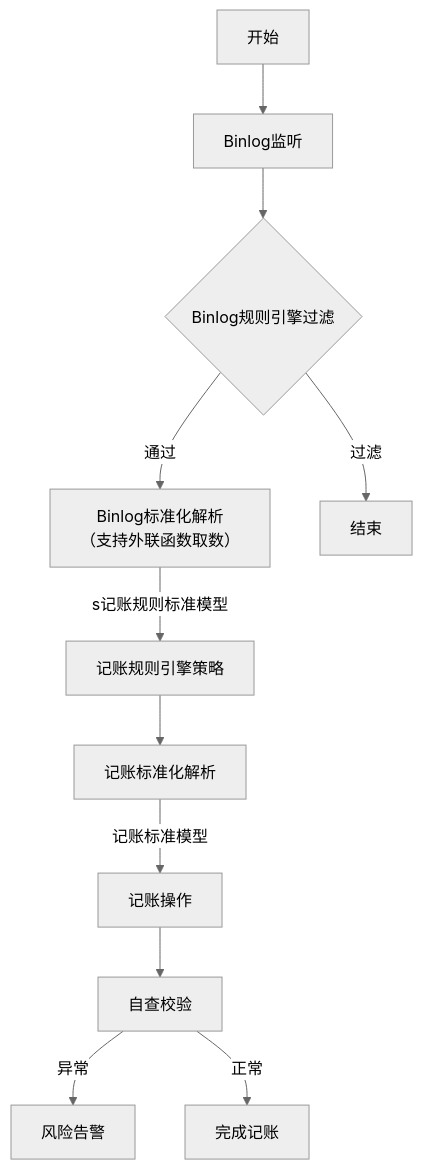
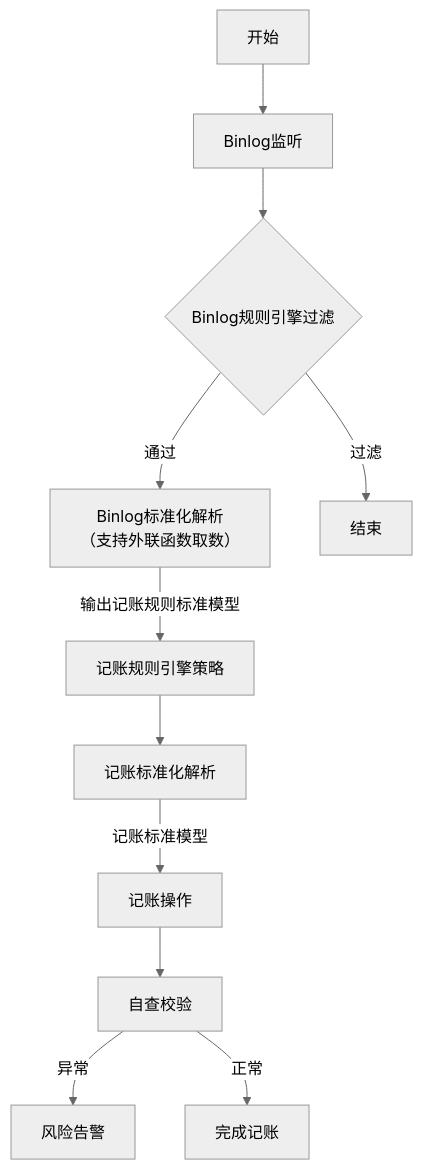
The diagram in all/记账架构流程图.md (87828943/iodraw-files), drawn with Mermaid (neutral theme) before and after one commit.

Commit message:
2025-07-07 14:54:30 update

````diff
--- a/all/记账架构流程图.md
+++ b/all/记账架构流程图.md
@@ -1,14 +1,14 @@
 ```mermaid
 graph TD
     Z[开始] --> A
     A[Binlog监听] --> B{Binlog规则引擎过滤}
     B -->|通过| C[Binlog标准化解析
     （支持外联函数取数）]
     B -->|过滤| K[结束]
-    C --> |s记账规则标准模型|D[记账规则引擎策略]
+    C --> |输出记账规则标准模型|D[记账规则引擎策略]
     D --> E[记账标准化解析]
     E --> |记账标准模型|F[记账操作]
     F --> G[自查校验]
     G -->|异常| H[风险告警]
     G -->|正常| I[完成记账]
 ```
````
